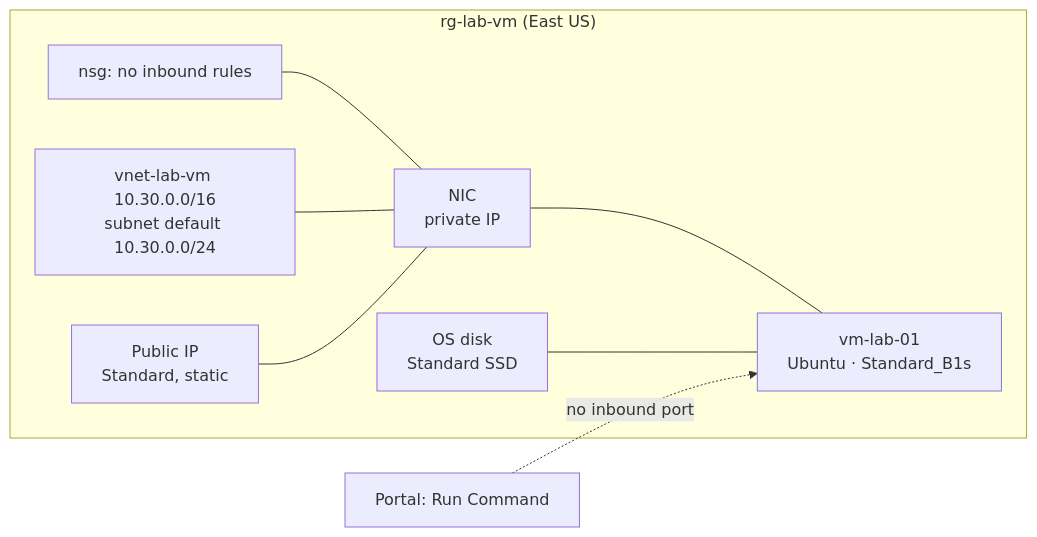
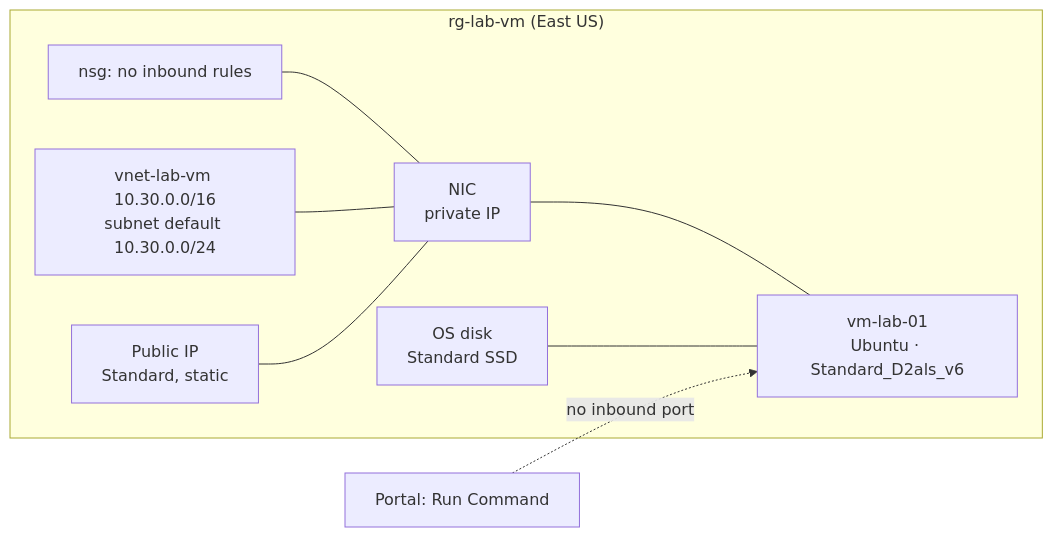
Before and after one commit to noble-antwi/azure-labs: the diagram in 03-vm-deep-dive/README.md, drawn with Mermaid. The commit also changed other lines of this file and 1 other file, not shown here.

Commit message:
Lab 03: steps 1-2, resource group and the quota wall

````diff
--- a/03-vm-deep-dive/README.md
+++ b/03-vm-deep-dive/README.md
@@ -52,17 +52,17 @@
 ```mermaid
 graph LR
   subgraph RG["rg-lab-vm (East US)"]
     VNET["vnet-lab-vm 10.30.0.0/16<br/>subnet default 10.30.0.0/24"]
     NSG["nsg: no inbound rules"]
     NIC["NIC<br/>private IP"]
     PIP["Public IP<br/>Standard, static"]
-    VM["vm-lab-01<br/>Ubuntu · Standard_B1s"]
+    VM["vm-lab-01<br/>Ubuntu · Standard_D2als_v6"]
     OS["OS disk<br/>Standard SSD"]
   end
   NSG --- NIC
   VNET --- NIC
   PIP --- NIC
   NIC --- VM
   OS --- VM
   ADMIN["Portal: Run Command"] -. "no inbound port" .-> VM
 ```
````
